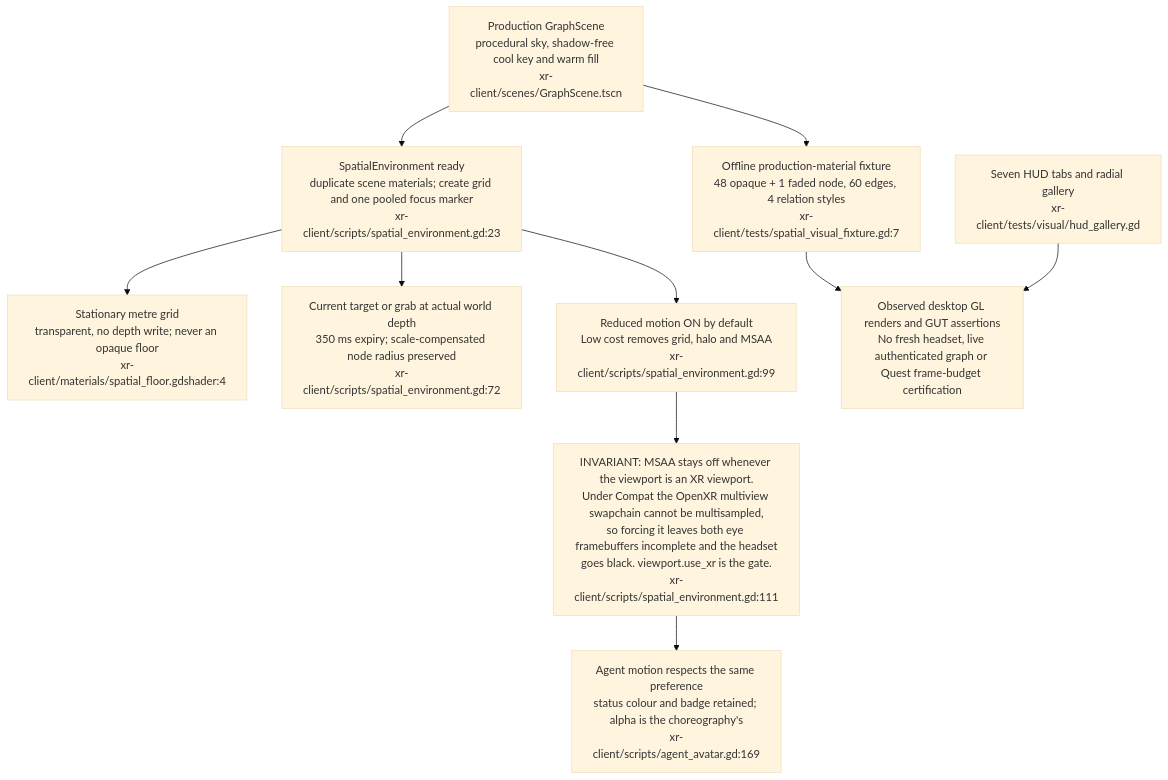
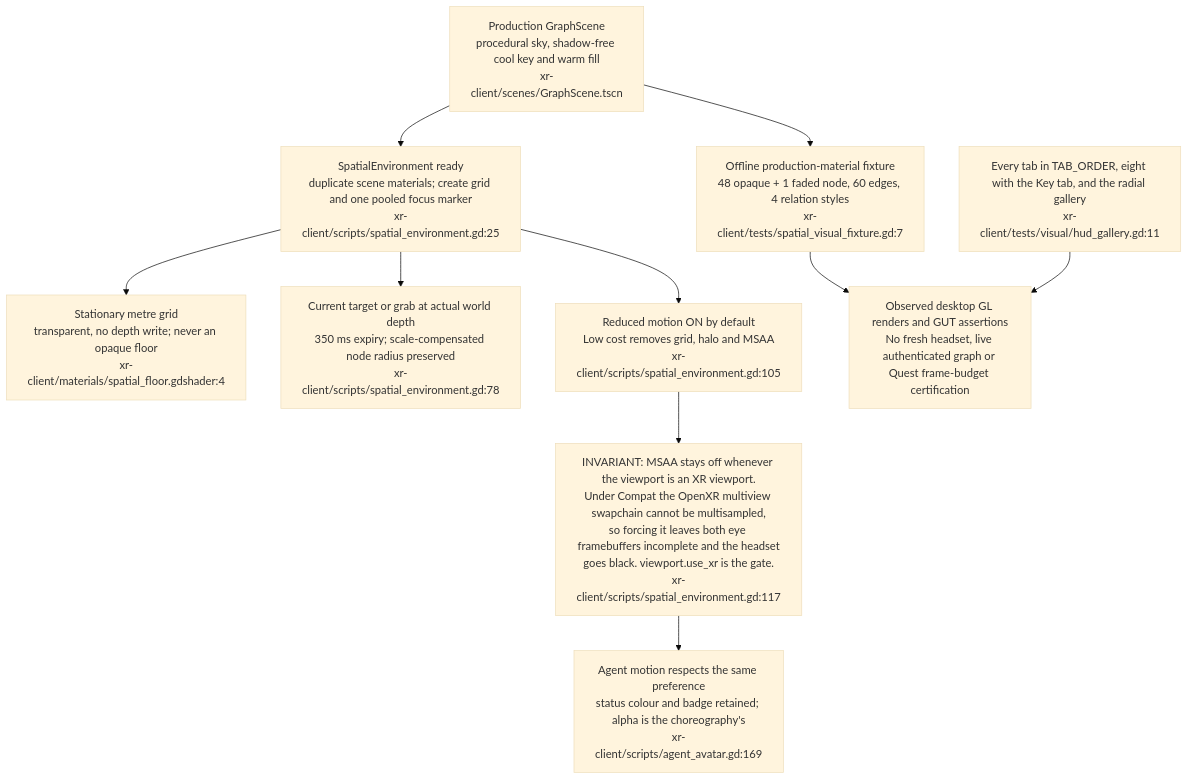
One commit to DreamLab-AI/VisionFlow changed diagram 19 of 26 in docs/diagrams/visionclaw/36-godot-xr-client.md. Above: the diagram before and after it, drawn with Mermaid (base theme). The commit also changed other lines of this file and 26 other files, not shown here.

First line of the commit message:
docs(diagrams): re-verify solid-pod-rs, nostr-rust-forum and visionclaw 22/36 against HEAD

````diff
--- a/docs/diagrams/visionclaw/36-godot-xr-client.md
+++ b/docs/diagrams/visionclaw/36-godot-xr-client.md
@@ -865,22 +901,22 @@
 ```mermaid
 flowchart TB
     Scene["Production GraphScene<br/>procedural sky, shadow-free cool key and warm fill<br/>xr-client/scenes/GraphScene.tscn"]
-    Env["SpatialEnvironment ready<br/>duplicate scene materials; create grid and one pooled focus marker<br/>xr-client/scripts/spatial_environment.gd:23"]
+    Env["SpatialEnvironment ready<br/>duplicate scene materials; create grid and one pooled focus marker<br/>xr-client/scripts/spatial_environment.gd:25"]
     Grid["Stationary metre grid<br/>transparent, no depth write; never an opaque floor<br/>xr-client/materials/spatial_floor.gdshader:4"]
-    Focus["Current target or grab at actual world depth<br/>350 ms expiry; scale-compensated node radius preserved<br/>xr-client/scripts/spatial_environment.gd:72"]
-    Comfort["Reduced motion ON by default<br/>Low cost removes grid, halo and MSAA<br/>xr-client/scripts/spatial_environment.gd:99"]
-    MSAA["INVARIANT: MSAA stays off whenever the viewport is an XR viewport.<br/>Under Compat the OpenXR multiview swapchain cannot be multisampled,<br/>so forcing it leaves both eye framebuffers incomplete and the headset<br/>goes black. viewport.use_xr is the gate.<br/>xr-client/scripts/spatial_environment.gd:111"]
+    Focus["Current target or grab at actual world depth<br/>350 ms expiry; scale-compensated node radius preserved<br/>xr-client/scripts/spatial_environment.gd:78"]
+    Comfort["Reduced motion ON by default<br/>Low cost removes grid, halo and MSAA<br/>xr-client/scripts/spatial_environment.gd:105"]
+    MSAA["INVARIANT: MSAA stays off whenever the viewport is an XR viewport.<br/>Under Compat the OpenXR multiview swapchain cannot be multisampled,<br/>so forcing it leaves both eye framebuffers incomplete and the headset<br/>goes black. viewport.use_xr is the gate.<br/>xr-client/scripts/spatial_environment.gd:117"]
     Agents["Agent motion respects the same preference<br/>status colour and badge retained; alpha is the choreography's<br/>xr-client/scripts/agent_avatar.gd:169"]
     Fixture["Offline production-material fixture<br/>48 opaque + 1 faded node, 60 edges, 4 relation styles<br/>xr-client/tests/spatial_visual_fixture.gd:7"]
-    Gallery["Seven HUD tabs and radial gallery<br/>xr-client/tests/visual/hud_gallery.gd"]
+    Gallery["Every tab in TAB_ORDER, eight with the Key tab, and the radial gallery<br/>xr-client/tests/visual/hud_gallery.gd:11"]
     Limits["Observed desktop GL renders and GUT assertions<br/>No fresh headset, live authenticated graph or Quest frame-budget certification"]
     Scene --> Env
     Env --> Grid
     Env --> Focus
     Env --> Comfort
     Comfort --> MSAA
     MSAA --> Agents
     Scene --> Fixture
     Fixture --> Limits
     Gallery --> Limits
 ```
````
